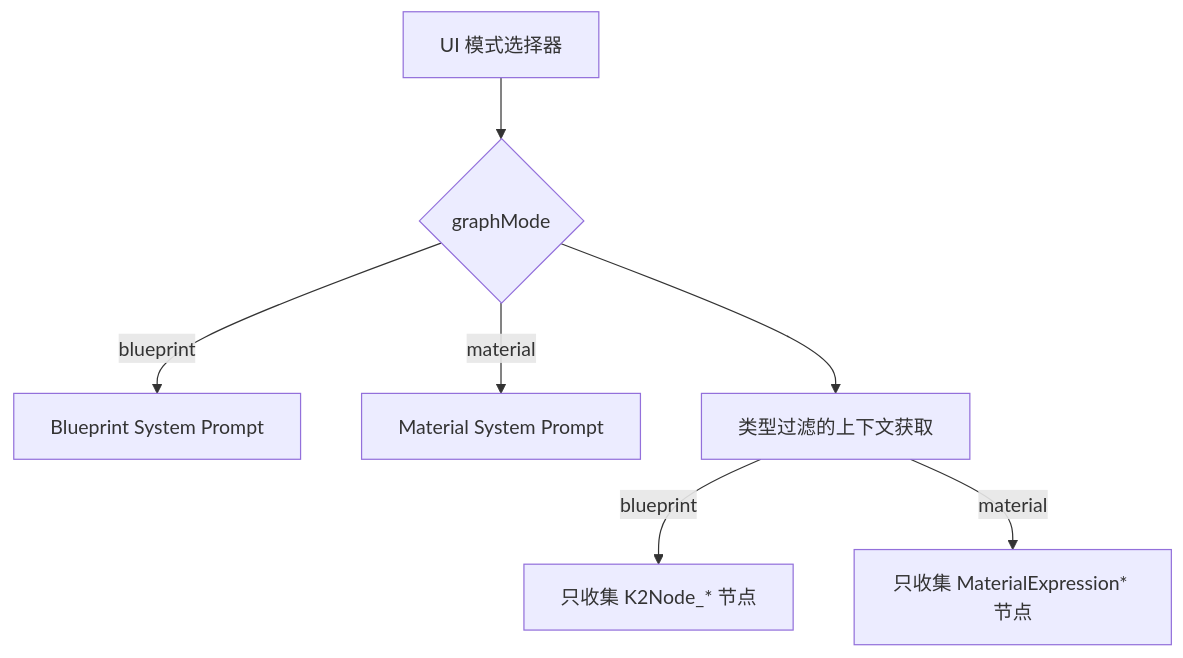
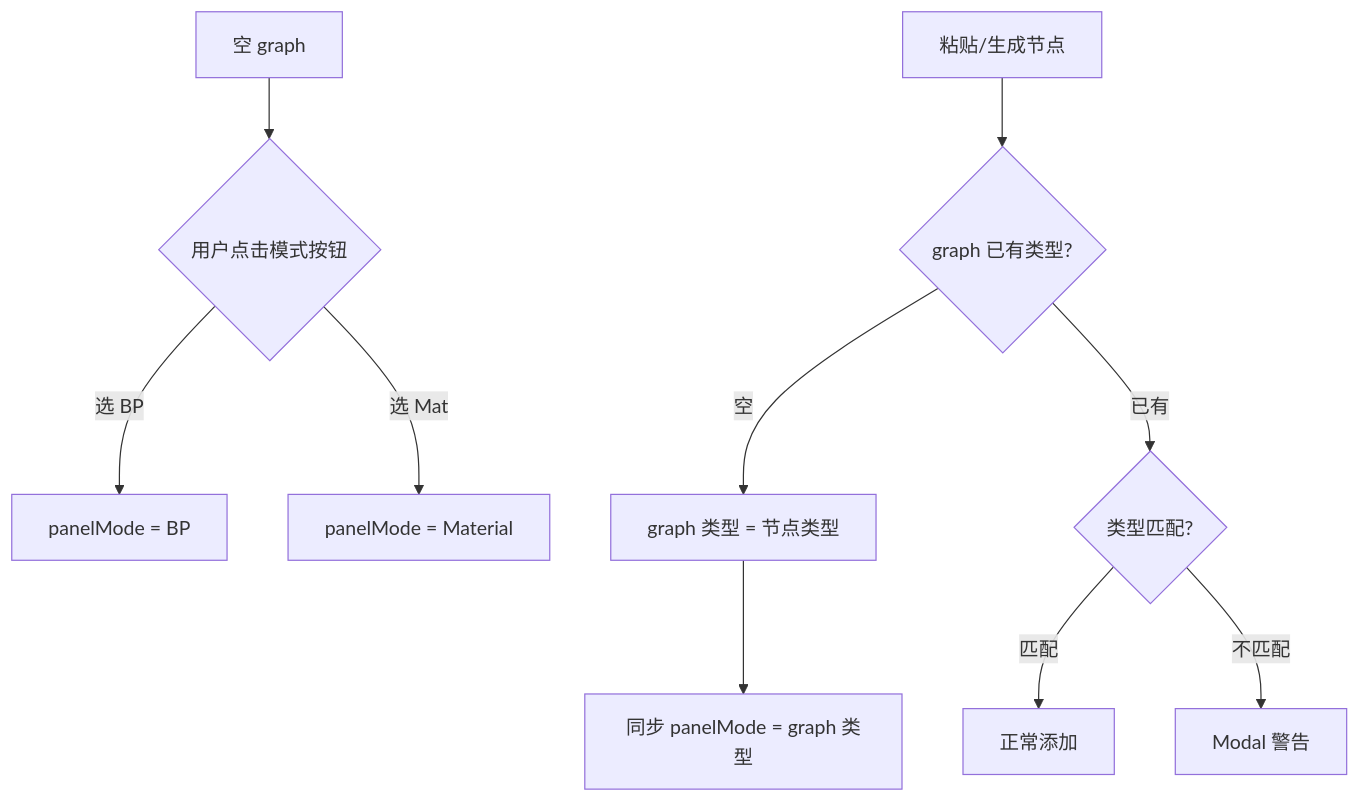
One commit to LiuYangArt/ueblueprint changed the diagram in docs/modes_ux.md. Above: the diagram before and after it, drawn with Mermaid. The commit also changed other lines of this file, not shown here.

Commit message:
bp/mat 分模式处理 设计文档

````diff
--- a/docs/modes_ux.md
+++ b/docs/modes_ux.md
@@ -18,9 +80,14 @@
 ```mermaid
 graph TD
-    A[UI 模式选择器] --> B{graphMode}
-    B -->|blueprint| C[Blueprint System Prompt]
-    B -->|material| D[Material System Prompt]
-    B --> E[类型过滤的上下文获取]
-    E -->|blueprint| F[只收集 K2Node_* 节点]
-    E -->|material| G[只收集 MaterialExpression* 节点]
+    A[空 graph] --> B{用户点击模式按钮}
+    B -->|选 BP| C[panelMode = BP]
+    B -->|选 Mat| D[panelMode = Material]
+    
+    E[粘贴/生成节点] --> F{graph 已有类型?}
+    F -->|空| G[graph 类型 = 节点类型]
+    F -->|已有| H{类型匹配?}
+    H -->|匹配| I[正常添加]
+    H -->|不匹配| J[Modal 警告]
+    
+    G --> K[同步 panelMode = graph 类型]
 ```
````
